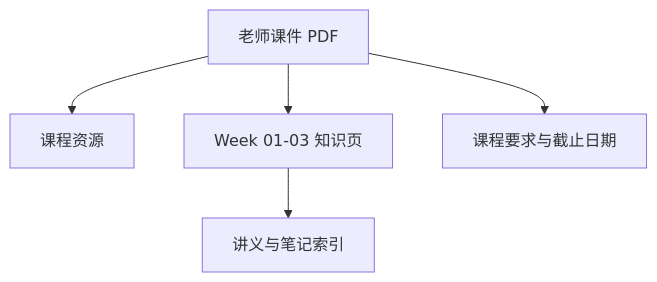
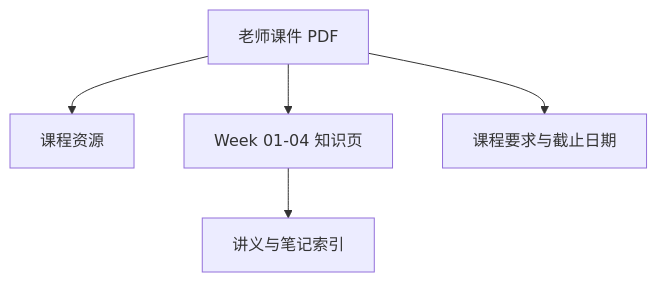
Before and after one commit to Kytolly/NUS-coursework-wiki: the second of 2 diagrams in page/CEG5104/总览/CEG5104-课程总览.md, drawn with Mermaid. The commit also changed other lines of this file and 13 other files, not shown here.

````diff
--- a/page/CEG5104/总览/CEG5104-课程总览.md
+++ b/page/CEG5104/总览/CEG5104-课程总览.md
@@ -34,7 +34,7 @@
 ```mermaid
 flowchart TB
     S[老师课件 PDF] --> R[课程资源]
-    S --> L[Week 01-03 知识页]
+    S --> L[Week 01-04 知识页]
     L --> I[讲义与笔记索引]
     S --> Q[课程要求与截止日期]
 ```
````
